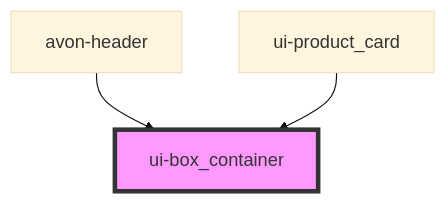
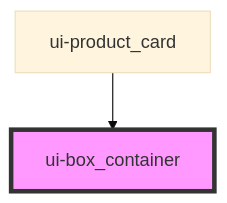
Before and after one commit to ankitghanekar-hcl/ui-shared-web-components: the diagram in src/components/ui-box_container/readme.md, drawn with Mermaid (base theme). The commit also changed other lines of this file and 9 other files, not shown here.

````diff
--- a/src/components/ui-box_container/readme.md
+++ b/src/components/ui-box_container/readme.md
@@ -23,6 +22,5 @@
 ```mermaid
 graph TD;
-  avon-header --> ui-box_container
   ui-product_card --> ui-box_container
   style ui-box_container fill:#f9f,stroke:#333,stroke-width:4px
 ```
````
